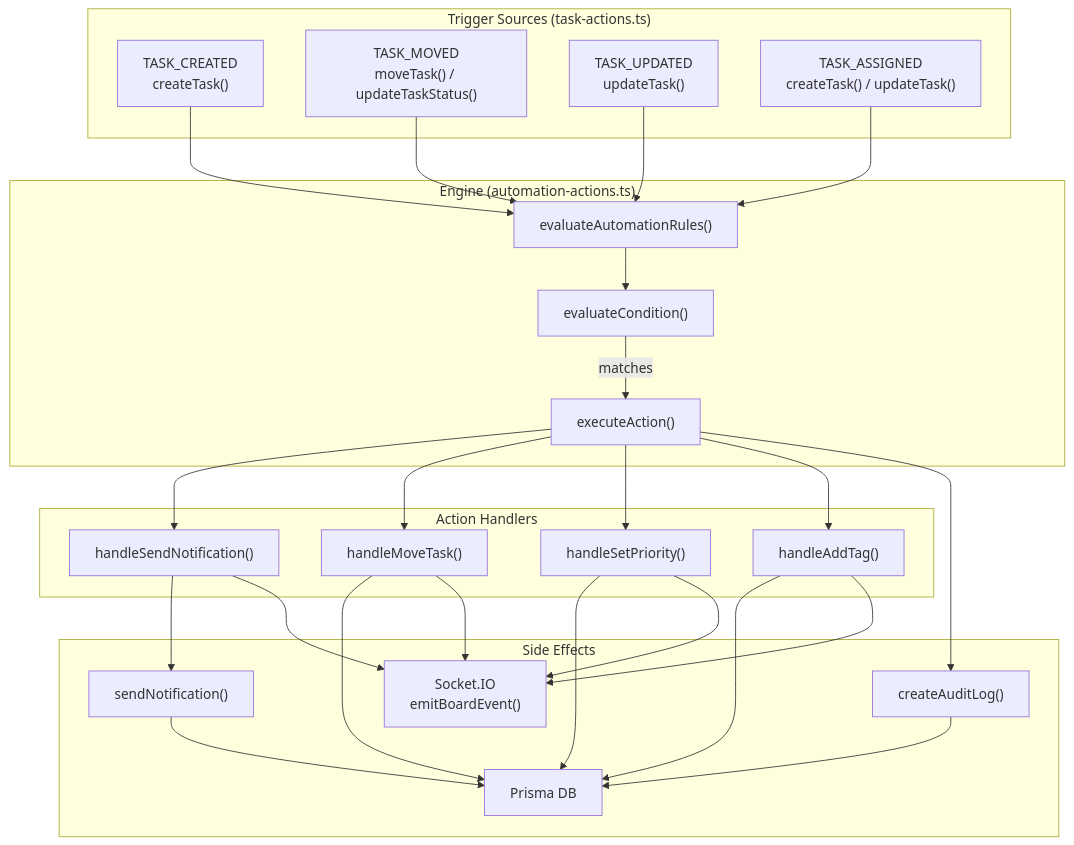
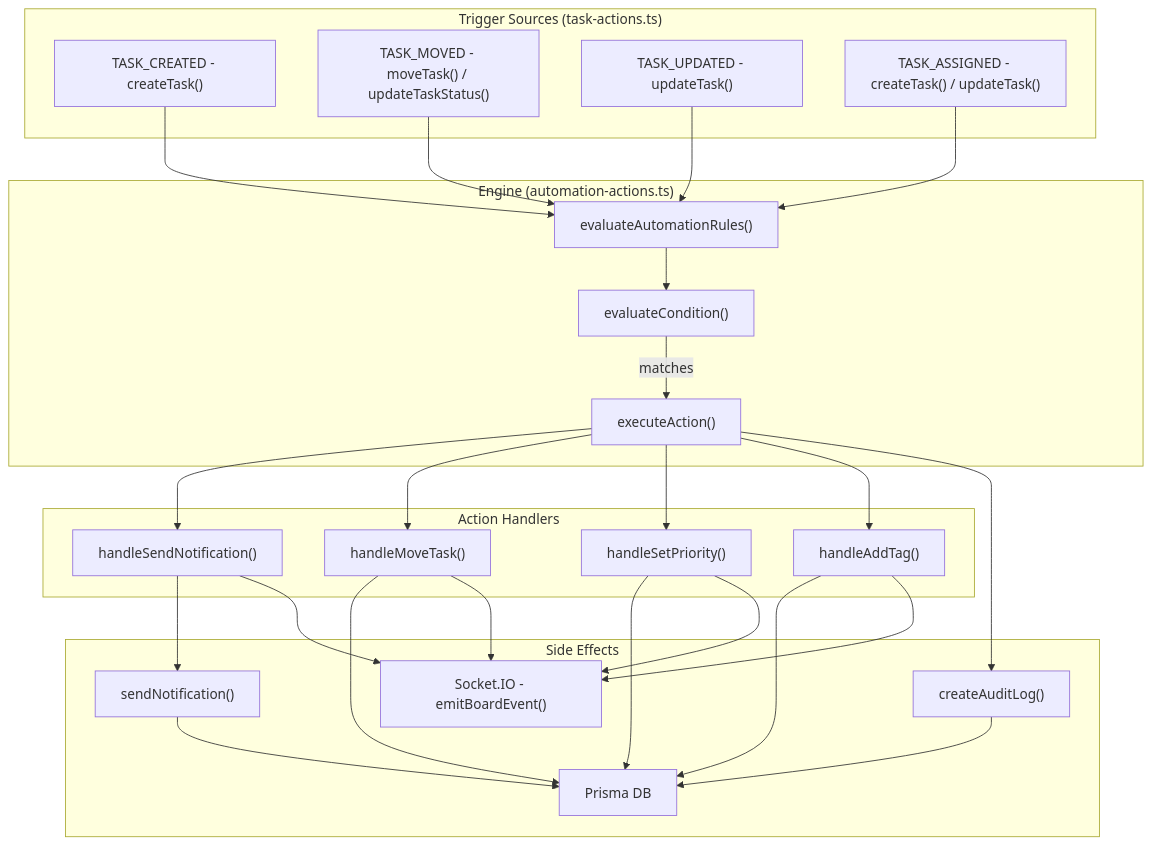
One commit to asefahmed500/Smart-Task-App_IIT_DU_Final_Project changed the second of 4 diagrams in docs/10-automation-engine.md. Above: the diagram before and after it, drawn with Mermaid. The commit also changed other lines of this file and 8 other files, not shown here.

Commit message:
fix: remove br tags from mermaid diagrams for GitHub rendering

````diff
--- a/docs/10-automation-engine.md
+++ b/docs/10-automation-engine.md
@@ -62,51 +62,51 @@
 ```mermaid
 graph TB
     subgraph "Trigger Sources (task-actions.ts)"
-        TC["TASK_CREATED<br/>createTask()"]
-        TM["TASK_MOVED<br/>moveTask() / updateTaskStatus()"]
-        TU["TASK_UPDATED<br/>updateTask()"]
-        TA["TASK_ASSIGNED<br/>createTask() / updateTask()"]
+        TC["TASK_CREATED - createTask()"]
+        TM["TASK_MOVED - moveTask() / updateTaskStatus()"]
+        TU["TASK_UPDATED - updateTask()"]
+        TA["TASK_ASSIGNED - createTask() / updateTask()"]
     end
 
     subgraph "Engine (automation-actions.ts)"
         EVAL["evaluateAutomationRules()"]
         COND["evaluateCondition()"]
         EXEC["executeAction()"]
     end
 
     subgraph "Action Handlers"
         NOTIFY["handleSendNotification()"]
         MOVE["handleMoveTask()"]
         PRIO["handleSetPriority()"]
         TAG["handleAddTag()"]
     end
 
     subgraph "Side Effects"
         DB["Prisma DB"]
-        SOCKET["Socket.IO<br/>emitBoardEvent()"]
+        SOCKET["Socket.IO - emitBoardEvent()"]
         AUDIT["createAuditLog()"]
         NOTIF["sendNotification()"]
     end
 
     TC --> EVAL
     TM --> EVAL
     TU --> EVAL
     TA --> EVAL
 
     EVAL --> COND
     COND -->|matches| EXEC
     EXEC --> NOTIFY
     EXEC --> MOVE
     EXEC --> PRIO
     EXEC --> TAG
 
     NOTIFY --> NOTIF --> DB
     NOTIFY --> SOCKET
     MOVE --> DB
     MOVE --> SOCKET
     PRIO --> DB
     PRIO --> SOCKET
     TAG --> DB
     TAG --> SOCKET
     EXEC --> AUDIT --> DB
 ```
````
